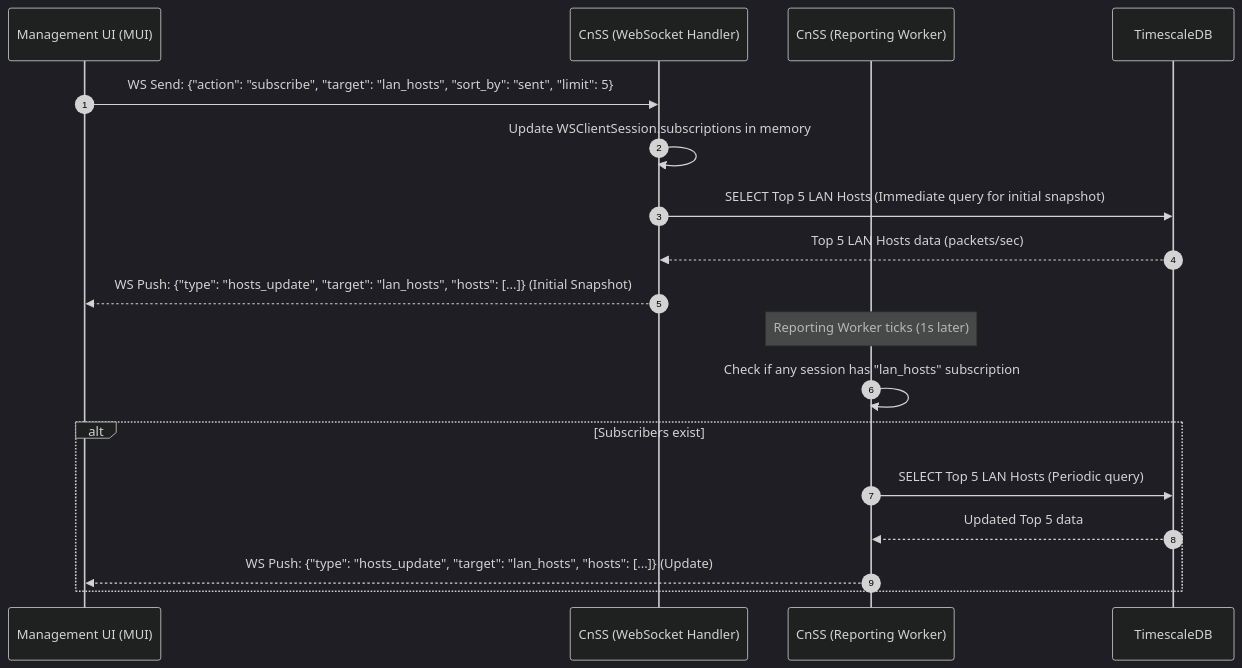
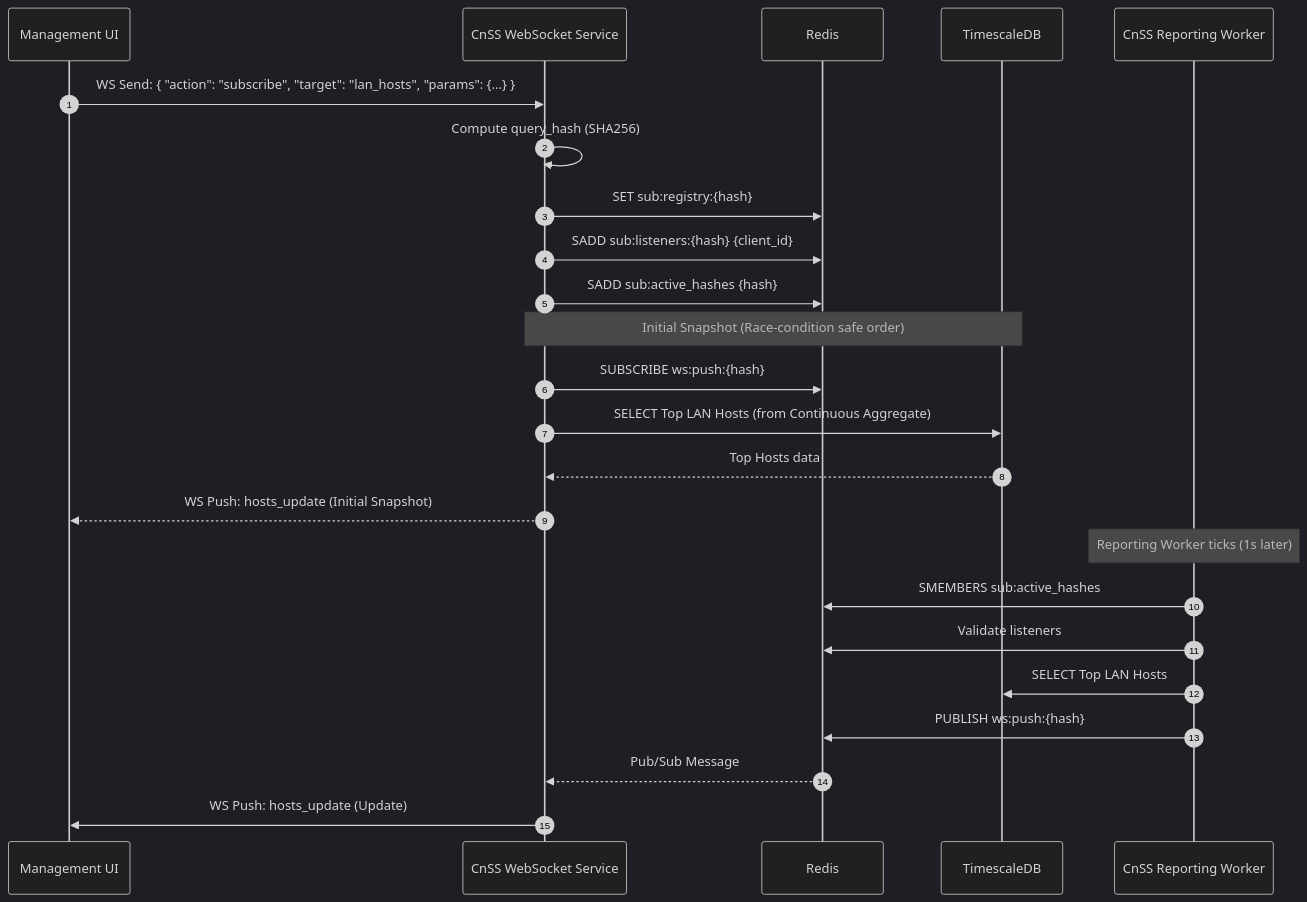
One commit to SWP-47/traffic-processing-platform changed the fifth of 5 diagrams in docs/system-documentation.md. Above: the diagram before and after it, drawn with Mermaid (dark theme). The commit also changed other lines of this file and 2 other files, not shown here.

````diff
--- a/docs/system-documentation.md
+++ b/docs/system-documentation.md
@@ -173,22 +247,29 @@
 ```mermaid
 sequenceDiagram
     autonumber
-    participant MUI as Management UI (MUI)
-    participant CnSS_WS as CnSS (WebSocket Handler)
-    participant CnSS_Report as CnSS (Reporting Worker)
+    participant MUI as Management UI
+    participant WS as CnSS WebSocket Service
+    participant Redis as Redis
     participant DB as TimescaleDB
+    participant Report as CnSS Reporting Worker
 
-    MUI->>CnSS_WS: WS Send: {"action": "subscribe", "target": "lan_hosts", "sort_by": "sent", "limit": 5}
-    CnSS_WS->>CnSS_WS: Update WSClientSession.subscriptions in memory
-    CnSS_WS->>DB: SELECT Top 5 LAN Hosts (Immediate query for initial snapshot)
-    DB-->>CnSS_WS: Top 5 LAN Hosts data (packets/sec)
-    CnSS_WS-->>MUI: WS Push: {"type": "hosts_update", "target": "lan_hosts", "hosts": [...]} (Initial Snapshot)
+    MUI->>WS: WS Send: { "action": "subscribe", "target": "lan_hosts", "params": {...} }
+    WS->>WS: Compute query_hash (SHA256)
+    WS->>Redis: SET sub:registry:{hash}
+    WS->>Redis: SADD sub:listeners:{hash} {client_id}
+    WS->>Redis: SADD sub:active_hashes {hash}
+    
+    Note over WS,DB: Initial Snapshot (Race-condition safe order)
+    WS->>Redis: SUBSCRIBE ws:push:{hash}
+    WS->>DB: SELECT Top LAN Hosts (from Continuous Aggregate)
+    DB-->>WS: Top Hosts data
+    WS-->>MUI: WS Push: hosts_update (Initial Snapshot)
 
-    Note over CnSS_Report: Reporting Worker ticks (1s later)
-    CnSS_Report->>CnSS_Report: Check if any session has "lan_hosts" subscription
-    alt Subscribers exist
-        CnSS_Report->>DB: SELECT Top 5 LAN Hosts (Periodic query)
-        DB-->>CnSS_Report: Updated Top 5 data
-        CnSS_Report-->>MUI: WS Push: {"type": "hosts_update", "target": "lan_hosts", "hosts": [...]} (Update)
-    end
+    Note over Report: Reporting Worker ticks (1s later)
+    Report->>Redis: SMEMBERS sub:active_hashes
+    Report->>Redis: Validate listeners
+    Report->>DB: SELECT Top LAN Hosts
+    Report->>Redis: PUBLISH ws:push:{hash}
+    Redis-->>WS: Pub/Sub Message
+    WS->>MUI: WS Push: hosts_update (Update)
 ```
````
